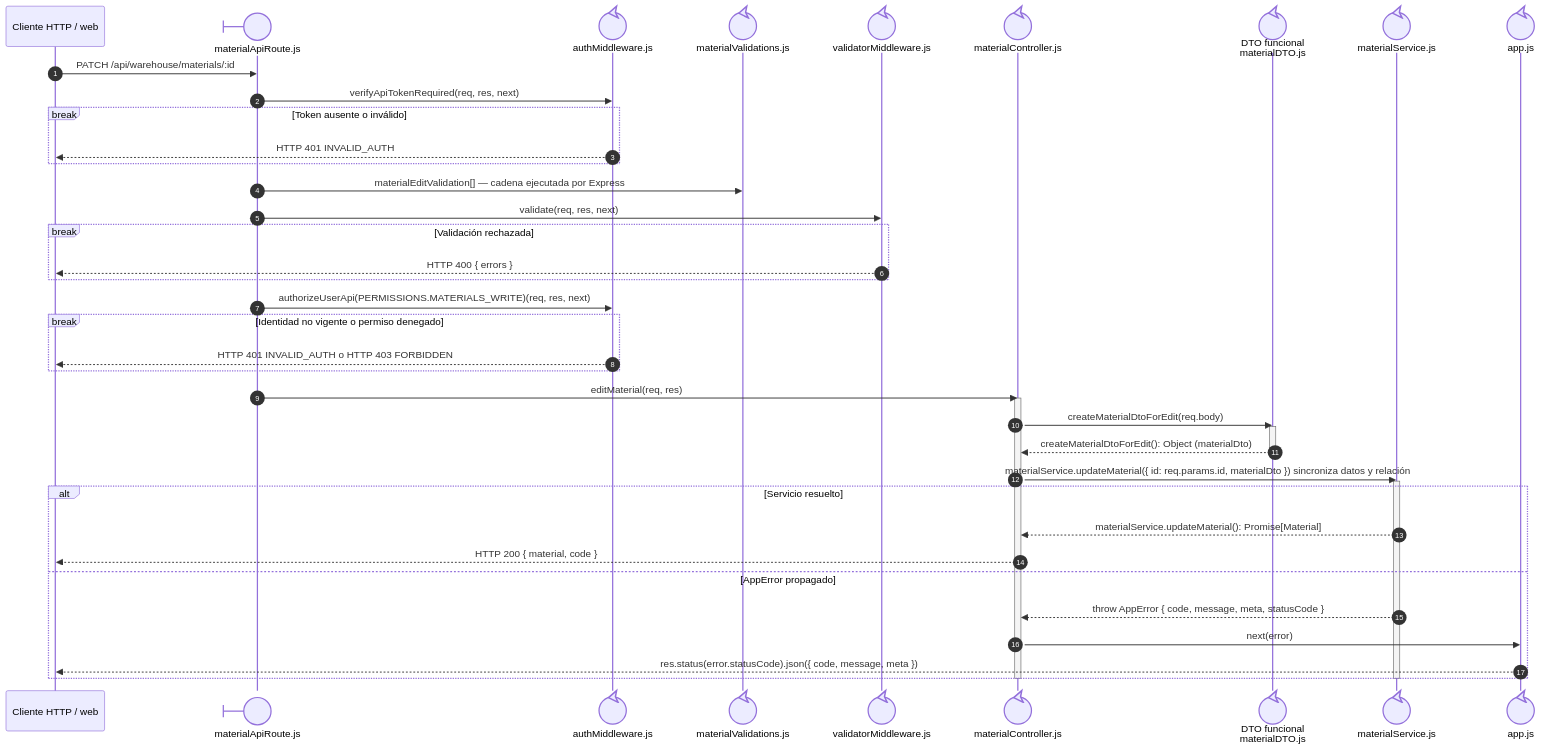
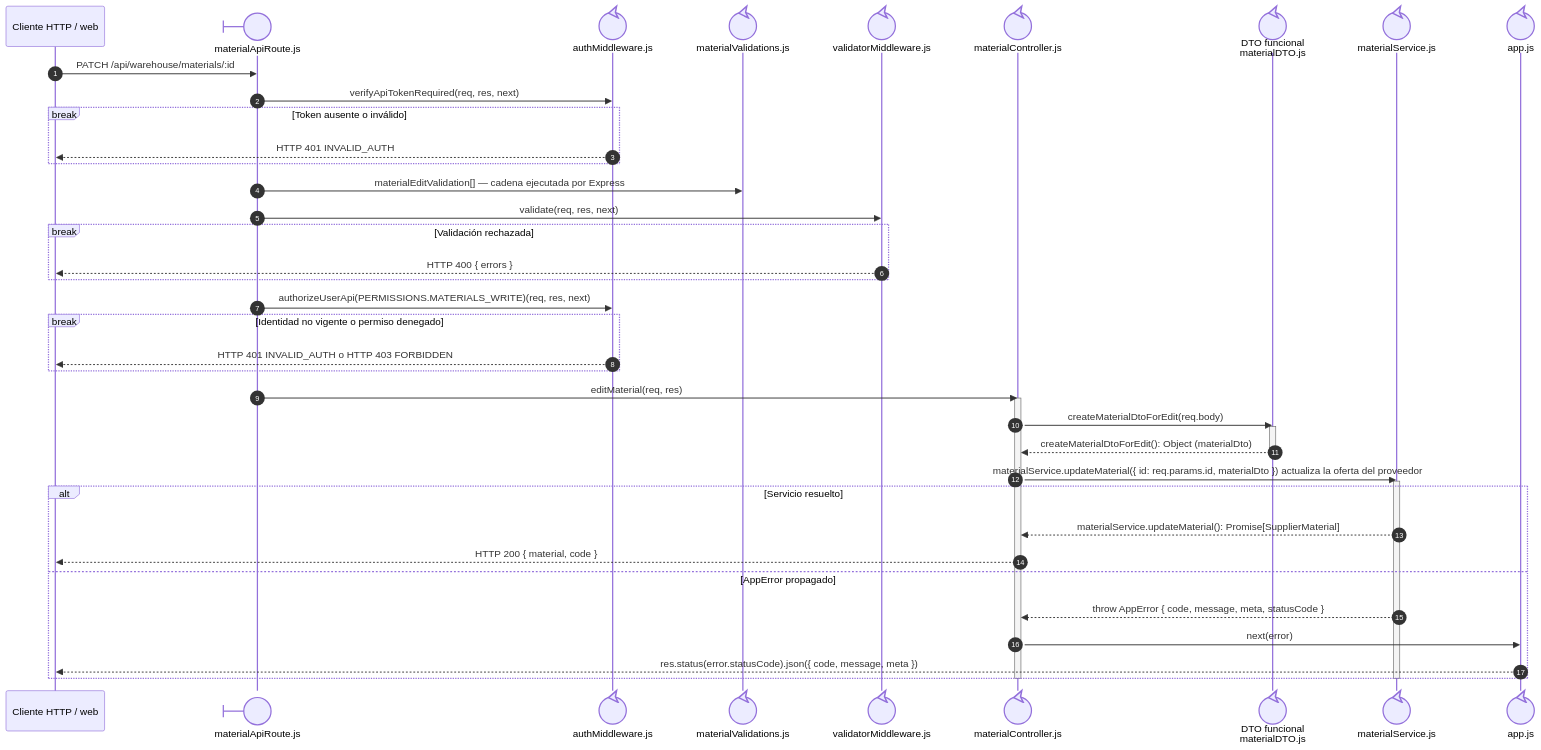
The diagram in back/docs/architecture/views/processes/backend-code-sequences/catalogs/cu-alm-03.md (gpgsistemas01/nexus), drawn with Mermaid before and after one commit. The commit also changed other lines of this file and 119 other files, not shown here.

````diff
--- a/back/docs/architecture/views/processes/backend-code-sequences/catalogs/cu-alm-03.md
+++ b/back/docs/architecture/views/processes/backend-code-sequences/catalogs/cu-alm-03.md
@@ -28,46 +28,46 @@
 ```mermaid
 sequenceDiagram
     autonumber
     participant Client as Cliente HTTP / web
     participant Route@{ "type": "boundary" } as materialApiRoute.js
     participant Auth@{ "type": "control" } as authMiddleware.js
     participant ValidationRules@{ "type": "control" } as materialValidations.js
     participant Validator@{ "type": "control" } as validatorMiddleware.js
     participant Controller@{ "type": "control" } as materialController.js
     participant MaterialDto@{ "type": "control" } as DTO funcional<br/>materialDTO.js
     participant Domain@{ "type": "control" } as materialService.js
     participant ErrorHandler@{ "type": "control" } as app.js
 
     Client->>Route: PATCH /api/warehouse/materials/:id
     Route->>Auth: verifyApiTokenRequired(req, res, next)
     break Token ausente o inválido
         Auth-->>Client: HTTP 401 INVALID_AUTH
     end
     Route->>ValidationRules: materialEditValidation[] — cadena ejecutada por Express
     Route->>Validator: validate(req, res, next)
     break Validación rechazada
         Validator-->>Client: HTTP 400 { errors }
     end
     Route->>Auth: authorizeUserApi(PERMISSIONS.MATERIALS_WRITE)(req, res, next)
     break Identidad no vigente o permiso denegado
         Auth-->>Client: HTTP 401 INVALID_AUTH o HTTP 403 FORBIDDEN
     end
     Route->>Controller: editMaterial(req, res)
     activate Controller
     Controller->>MaterialDto: createMaterialDtoForEdit(req.body)
     activate MaterialDto
     MaterialDto-->>Controller: createMaterialDtoForEdit(): Object (materialDto)
     deactivate MaterialDto
-    Controller->>Domain: materialService.updateMaterial({ id: req.params.id, materialDto }) sincroniza datos y relación
+    Controller->>Domain: materialService.updateMaterial({ id: req.params.id, materialDto }) actualiza la oferta del proveedor
     activate Domain
     alt Servicio resuelto
-        Domain-->>Controller: materialService.updateMaterial(): Promise[Material]
+        Domain-->>Controller: materialService.updateMaterial(): Promise[SupplierMaterial]
         Controller-->>Client: HTTP 200 { material, code }
     else AppError propagado
         Domain-->>Controller: throw AppError { code, message, meta, statusCode }
         Controller->>ErrorHandler: next(error)
         ErrorHandler-->>Client: res.status(error.statusCode).json({ code, message, meta })
     end
     deactivate Domain
     deactivate Controller
 ```
````
